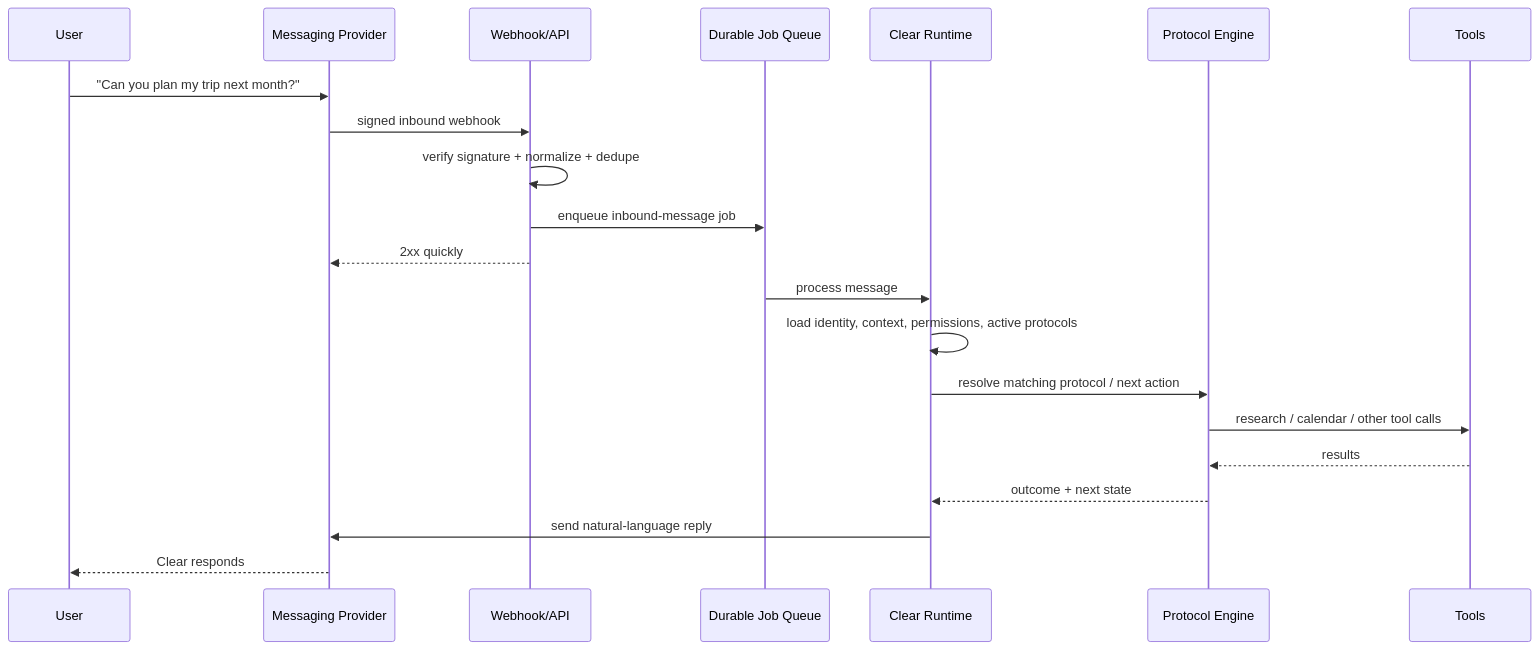
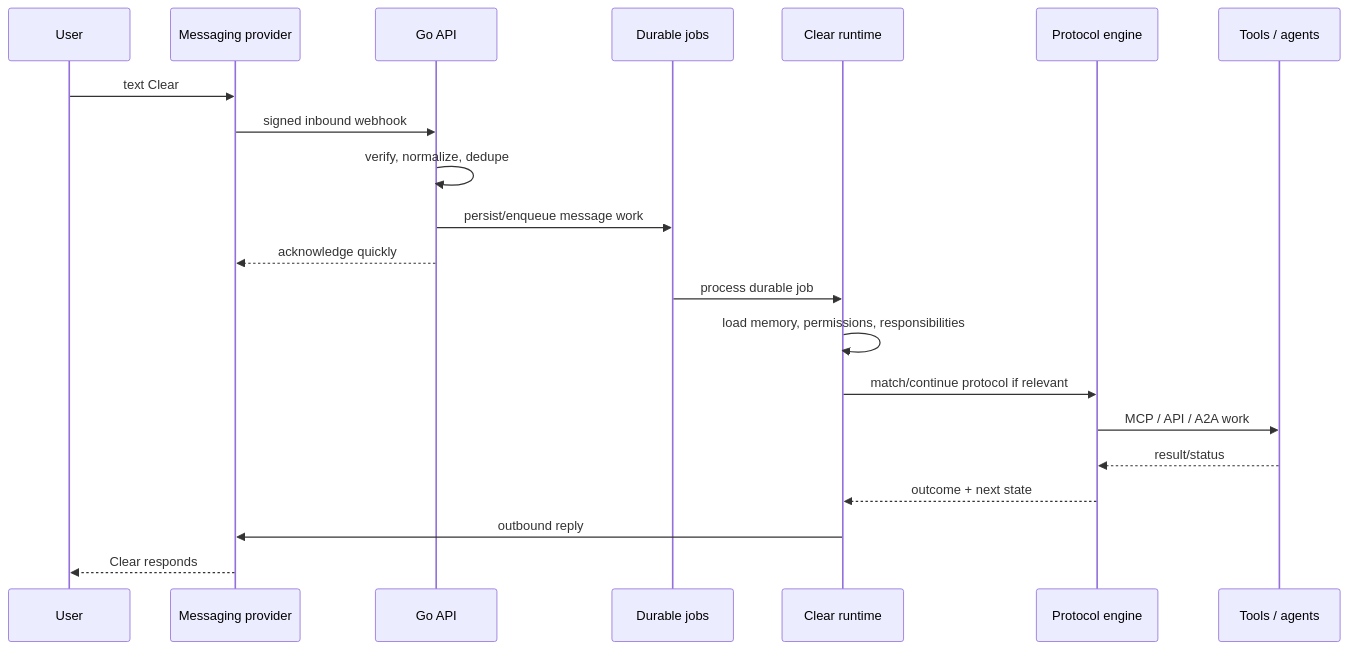
One commit to chrisbirster/cleartify changed the third of 4 diagrams in docs/architecture.md. Above: the diagram before and after it, drawn with Mermaid. The commit also changed other lines of this file, not shown here.

Commit message:
docs: update architecture for Turso and optional ATProto

````diff
--- a/docs/architecture.md
+++ b/docs/architecture.md
@@ -69,25 +104,25 @@
 ```mermaid
 sequenceDiagram
     participant U as User
-    participant M as Messaging Provider
-    participant W as Webhook/API
-    participant J as Durable Job Queue
-    participant C as Clear Runtime
-    participant P as Protocol Engine
-    participant T as Tools
+    participant M as Messaging provider
+    participant A as Go API
+    participant J as Durable jobs
+    participant C as Clear runtime
+    participant P as Protocol engine
+    participant T as Tools / agents
 
-    U->>M: "Can you plan my trip next month?"
-    M->>W: signed inbound webhook
-    W->>W: verify signature + normalize + dedupe
-    W->>J: enqueue inbound-message job
-    W-->>M: 2xx quickly
+    U->>M: text Clear
+    M->>A: signed inbound webhook
+    A->>A: verify, normalize, dedupe
+    A->>J: persist/enqueue message work
+    A-->>M: acknowledge quickly
 
-    J->>C: process message
-    C->>C: load identity, context, permissions, active protocols
-    C->>P: resolve matching protocol / next action
-    P->>T: research / calendar / other tool calls
-    T-->>P: results
+    J->>C: process durable job
+    C->>C: load memory, permissions, responsibilities
+    C->>P: match/continue protocol if relevant
+    P->>T: MCP / API / A2A work
+    T-->>P: result/status
     P-->>C: outcome + next state
-    C->>M: send natural-language reply
+    C->>M: outbound reply
     M-->>U: Clear responds
 ```
````
